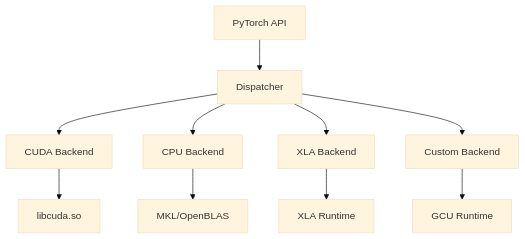
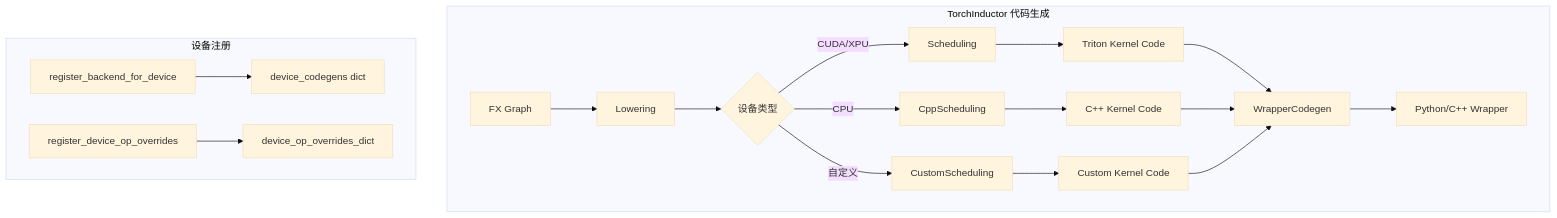
One commit to aigc-open/LLM-BOOK changed the first of 3 diagrams in Pytorch/compile/08_国产设备适配_Triton后端扩展.md. Above: the diagram before and after it, drawn with Mermaid (base theme). The commit also changed other lines of this file and 1 other file, not shown here.

First line of the commit message:
Update Triton backend documentation for PyTorch integration

````diff
--- a/Pytorch/compile/08_国产设备适配_Triton后端扩展.md
+++ b/Pytorch/compile/08_国产设备适配_Triton后端扩展.md
@@ -78,13 +81,26 @@
 ```mermaid
 graph TB
-    A[PyTorch API] --> B[Dispatcher]
-    B --> C[CUDA Backend]
-    B --> D[CPU Backend]
-    B --> E[XLA Backend]
-    B --> F[Custom Backend]
+    subgraph "TorchInductor 代码生成"
+        A[FX Graph] --> B[Lowering]
+        B --> C{设备类型}
+        
+        C -->|CUDA/XPU| D[Scheduling]
+        C -->|CPU| E[CppScheduling]
+        C -->|自定义| F[CustomScheduling]
+        
+        D --> G[Triton Kernel Code]
+        E --> H[C++ Kernel Code]
+        F --> I[Custom Kernel Code]
+        
+        G --> J[WrapperCodegen]
+        H --> J
+        I --> J
+        
+        J --> K[Python/C++ Wrapper]
+    end
     
-    C --> G[libcuda.so]
-    D --> H[MKL/OpenBLAS]
-    E --> I[XLA Runtime]
-    F --> J[GCU Runtime]
+    subgraph "设备注册"
+        L[register_backend_for_device] --> M[device_codegens dict]
+        N[register_device_op_overrides] --> O[device_op_overrides_dict]
+    end
 ```
````
